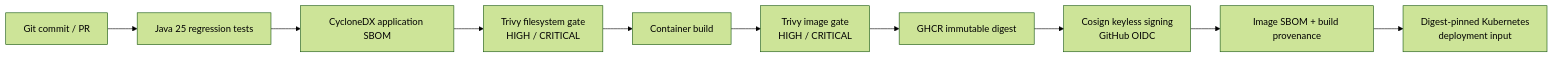
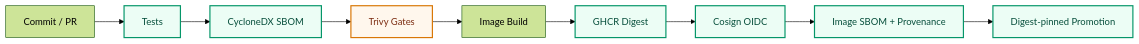
Before and after one commit to ravan-chuang/spring-boot-ecommerce-backend: the fourth of 4 diagrams in README.md, drawn with Mermaid (forest theme). The commit also changed other lines of this file and 2 other files, not shown here.

````diff
--- a/README.md
+++ b/README.md
@@ -313,12 +288,16 @@
 ```mermaid
 flowchart LR
-    Commit["Git commit / PR"] --> Verify["Java 25 regression tests"]
-    Verify --> AppSBOM["CycloneDX application SBOM"]
-    AppSBOM --> SourceGate["Trivy filesystem gate<br/>HIGH / CRITICAL"]
-    SourceGate --> Build["Container build"]
-    Build --> ImageGate["Trivy image gate<br/>HIGH / CRITICAL"]
-    ImageGate --> Digest["GHCR immutable digest"]
-    Digest --> Sign["Cosign keyless signing<br/>GitHub OIDC"]
-    Sign --> Evidence["Image SBOM + build provenance"]
-    Evidence --> Promote["Digest-pinned Kubernetes<br/>deployment input"]
+    Source["Commit / PR"] --> Tests["Tests"]
+    Tests --> SBOM["CycloneDX SBOM"]
+    SBOM --> Scan["Trivy Gates"]
+    Scan --> Build["Image Build"]
+    Build --> Digest["GHCR Digest"]
+    Digest --> Sign["Cosign OIDC"]
+    Sign --> Provenance["Image SBOM + Provenance"]
+    Provenance --> Promote["Digest-pinned Promotion"]
+
+    classDef ok fill:#ecfdf5,stroke:#059669,stroke-width:2px,color:#064e3b;
+    classDef gate fill:#fff7ed,stroke:#d97706,stroke-width:2px,color:#7c2d12;
+    class Tests,SBOM,Digest,Sign,Provenance,Promote ok;
+    class Scan gate;
 ```
````
